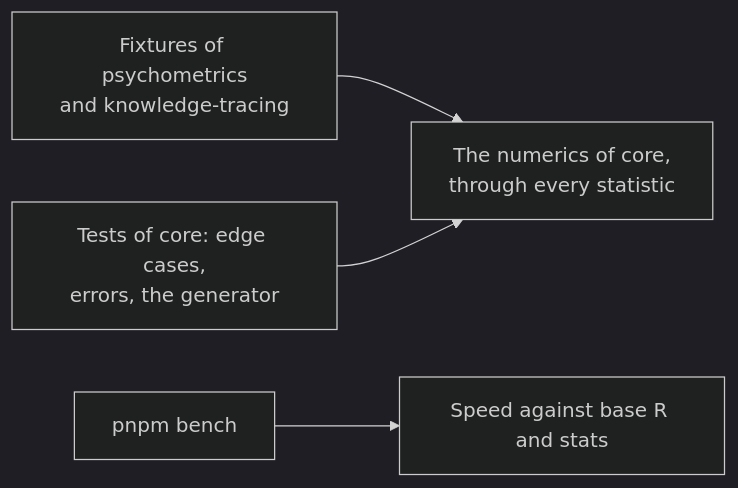
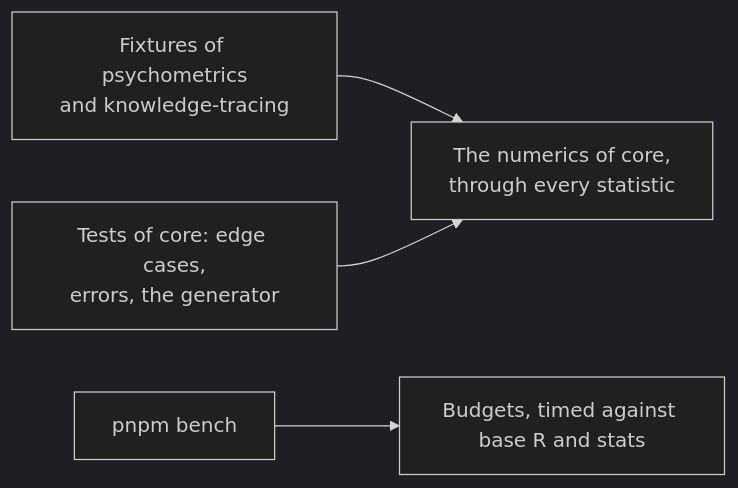
One commit to measurekit/measurekit changed the diagram in docs/core/evidence.md. Above: the diagram before and after it, drawn with Mermaid (dark theme). The commit also changed other lines of this file and 35 other files, not shown here.

````diff
--- a/docs/core/evidence.md
+++ b/docs/core/evidence.md
@@ -6,6 +6,6 @@
 ```mermaid
 flowchart LR
   fixtures["Fixtures of psychometrics<br/>and knowledge-tracing"] --> numerics["The numerics of core,<br/>through every statistic"]
   own["Tests of core: edge cases,<br/>errors, the generator"] --> numerics
-  bench["pnpm bench"] --> speed["Speed against base R and stats"]
+  bench["pnpm bench"] --> speed["Budgets, timed against base R and stats"]
 ```
````
